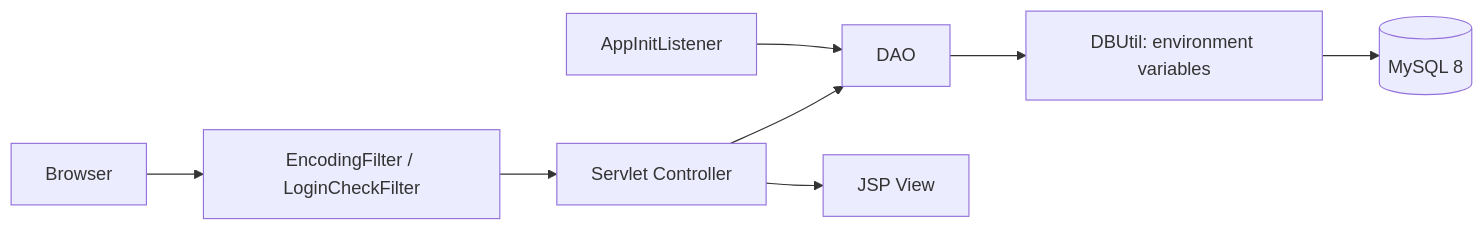
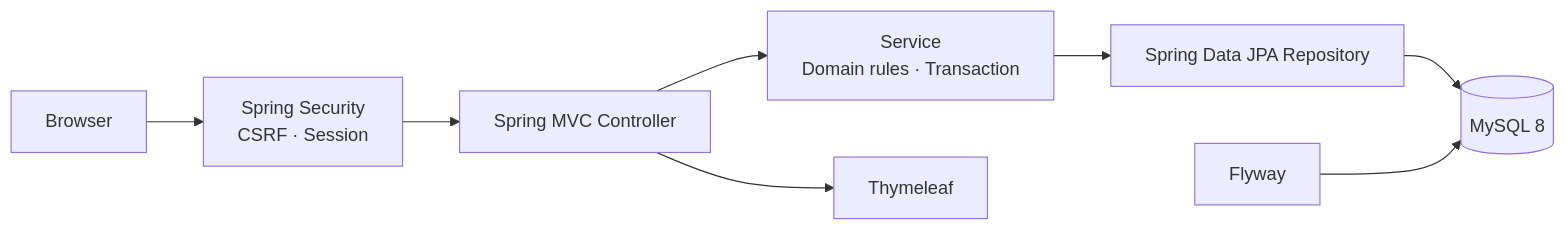
Before and after one commit to WJLee0417/LWJ_Backend: the diagram in README.md, drawn with Mermaid. The commit also changed other lines of this file and 6 other files, not shown here.

````diff
--- a/README.md
+++ b/README.md
@@ -22,10 +15,10 @@
 ```mermaid
 flowchart LR
-    Browser[Browser] --> Filter[EncodingFilter / LoginCheckFilter]
-    Filter --> Servlet[Servlet Controller]
-    Servlet --> DAO[DAO]
-    DAO --> DBUtil[DBUtil: environment variables]
-    DBUtil --> MySQL[(MySQL 8)]
-    Servlet --> JSP[JSP View]
-    Listener[AppInitListener] --> DAO
+    B[Browser] --> S[Spring Security\nCSRF · Session]
+    S --> C[Spring MVC Controller]
+    C --> SV[Service\nDomain rules · Transaction]
+    SV --> R[Spring Data JPA Repository]
+    R --> DB[(MySQL 8)]
+    C --> T[Thymeleaf]
+    F[Flyway] --> DB
 ```
````
